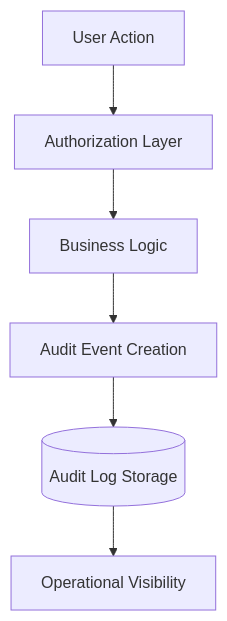
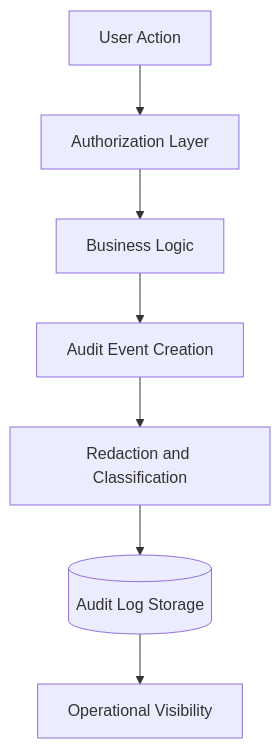
Before and after one commit to Ahsankhalid618/multi-tenant-saas-architecture: the diagram in architecture/audit-logging.md, drawn with Mermaid. The commit also changed other lines of this file and 20 other files, not shown here.

````diff
--- a/architecture/audit-logging.md
+++ b/architecture/audit-logging.md
@@ -21,14 +22,16 @@
 ```mermaid
 flowchart TD
 
 A[User Action]
 --> B[Authorization Layer]
 
 B --> C[Business Logic]
 
 C --> D[Audit Event Creation]
 
-D --> E[(Audit Log Storage)]
+D --> E[Redaction and Classification]
 
-E --> F[Operational Visibility]
+E --> F[(Audit Log Storage)]
+
+F --> G[Operational Visibility]
 ```
````
